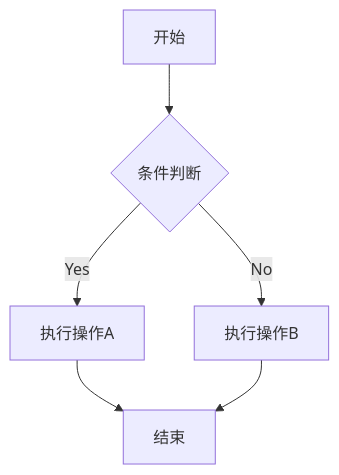
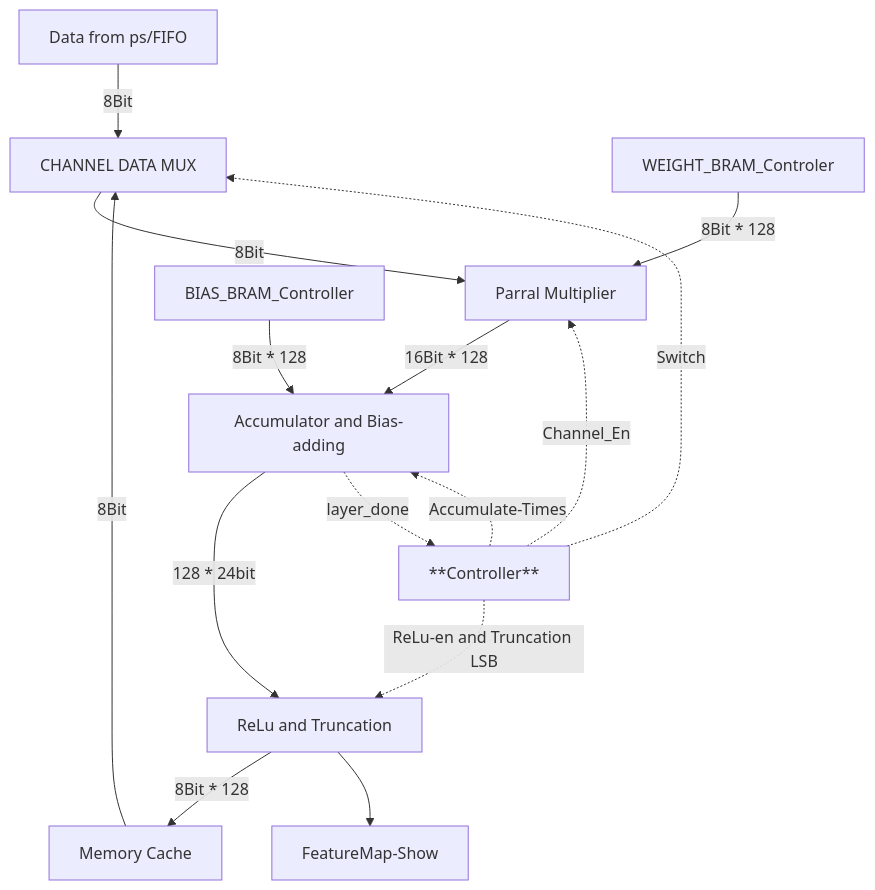
Before and after one commit to yaochen0712/CNN_ACCEL_LITE: the diagram in README.md, drawn with Mermaid. The commit also changed other lines of this file, not shown here.

Commit message:
编写项目概要

````diff
--- a/README.md
+++ b/README.md
@@ -6,8 +8,17 @@
 ```mermaid
 graph TD
-    A[开始] --> B{条件判断}
-    B -->|Yes| C[执行操作A]
-    B -->|No| D[执行操作B]
-    C --> E[结束]
-    D --> E
-```
+    A[Data from ps/FIFO] --> |8Bit| B[CHANNEL DATA MUX]
+    C[Memory Cache] --> |8Bit| B
+    B --> |8Bit| D[Parral Multiplier]
+    D --> |16Bit * 128| E[Accumulator and Bias-adding]
+    H[WEIGHT_BRAM_Controler] -->|8Bit * 128| D
+    F[BIAS_BRAM_Controller] -->|8Bit * 128| E
+    E --> |128 * 24bit| G[ReLu and Truncation]
+    G --> |8Bit * 128| C
+    G --> I[FeatureMap-Show]
+    J[**Controller**] -.-> |Switch|B
+    J -.-> |Channel_En|D
+    J -.-> |Accumulate-Times| E
+    J -.-> |ReLu-en and Truncation LSB|G
+    E -.-> |layer_done|J
+```  
````
